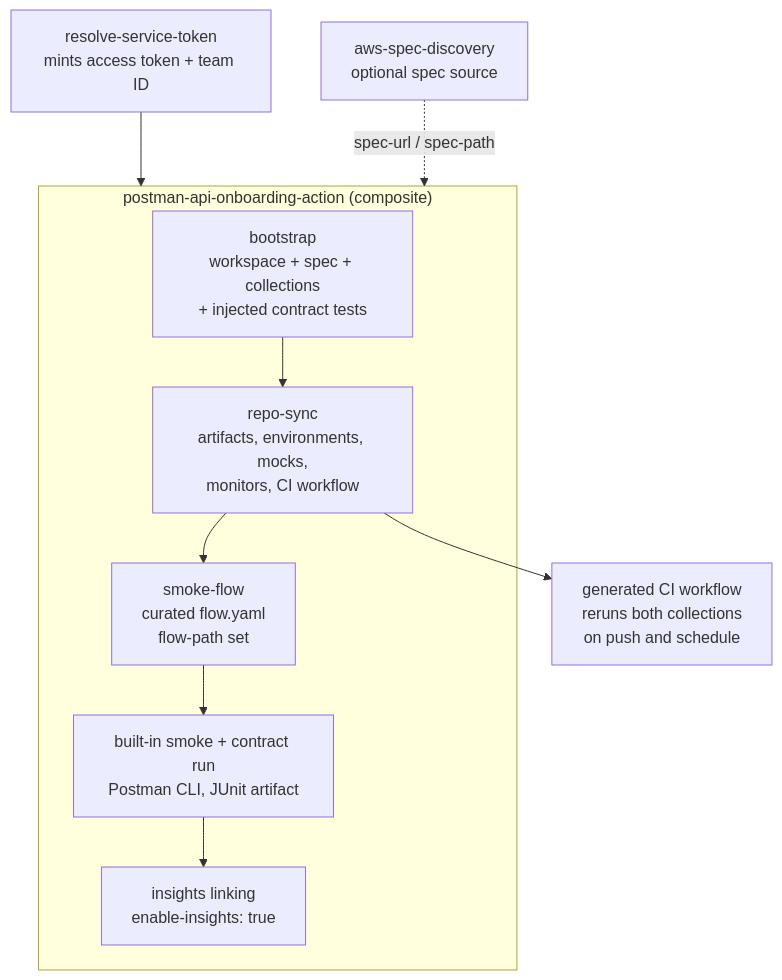
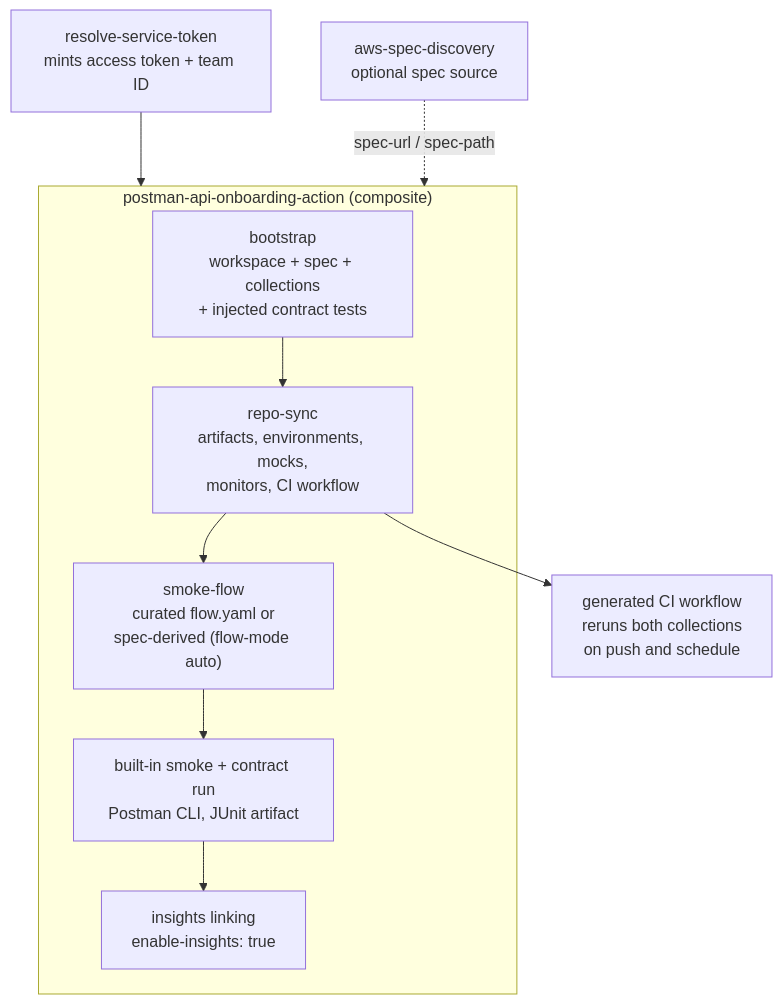
The diagram in README.md (actions-marketplace-validations/postman-cs_postman-api-onboarding-action), drawn with Mermaid before and after one commit. The commit also changed other lines of this file and 4 other files, not shown here.

First line of the commit message:
feat: forward flow-mode so the composite derives smoke flows without a manifest

````diff
--- a/README.md
+++ b/README.md
@@ -352,12 +354,12 @@
 ```mermaid
 flowchart TB
     TOKEN["resolve-service-token<br/>mints access token + team ID"] --> COMP
     AWS["aws-spec-discovery<br/>optional spec source"] -.->|"spec-url / spec-path"| COMP
     subgraph COMP["postman-api-onboarding-action (composite)"]
         B["bootstrap<br/>workspace + spec + collections<br/>+ injected contract tests"] --> RS["repo-sync<br/>artifacts, environments, mocks,<br/>monitors, CI workflow"]
-        RS --> SF["smoke-flow<br/>curated flow.yaml<br/>flow-path set"]
+        RS --> SF["smoke-flow<br/>curated flow.yaml or<br/>spec-derived (flow-mode auto)"]
         SF --> T["built-in smoke + contract run<br/>Postman CLI, JUnit artifact"]
         T --> INS["insights linking<br/>enable-insights: true"]
     end
     RS --> CI["generated CI workflow<br/>reruns both collections<br/>on push and schedule"]
 ```
````
